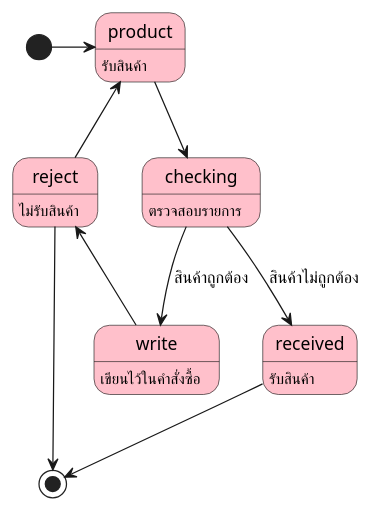
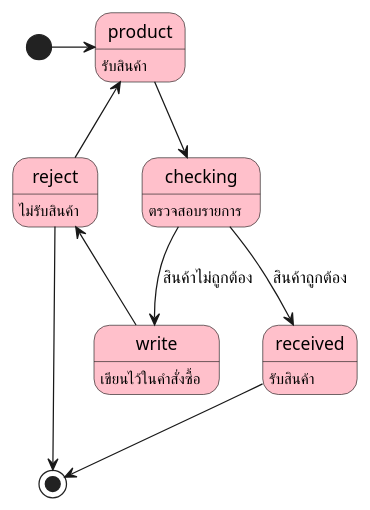
The diagram in 60030041/state diagram2.puml (tanakorn128/Bookstore-Mamagement-System), drawn with PlantUML before and after one commit. The commit also changed 11 other files, not shown here.

```diff
--- a/60030041/state diagram2.puml
+++ b/60030041/state diagram2.puml
@@ -1,19 +1,19 @@
 @startuml "ตรวจสอบสินค้า"
 skinparam Shadowing false
 skinparam state{
     BackgroundColor pink 
 }
 [*]-> product
 product:รับสินค้า
 checking:ตรวจสอบรายการ
 received:รับสินค้า
 write:เขียนไว้ในคำสั่งซื้อ
 reject:ไม่รับสินค้า
 product --> checking
-checking --> received:สินค้าไม่ถูกต้อง
-checking -right-> write:สินค้าถูกต้อง
+checking --> received:สินค้าถูกต้อง
+checking -right-> write:สินค้าไม่ถูกต้อง
 write -up-> reject
 reject -up-> product
 received --> [*]
 reject --> [*]
 @enduml
```
